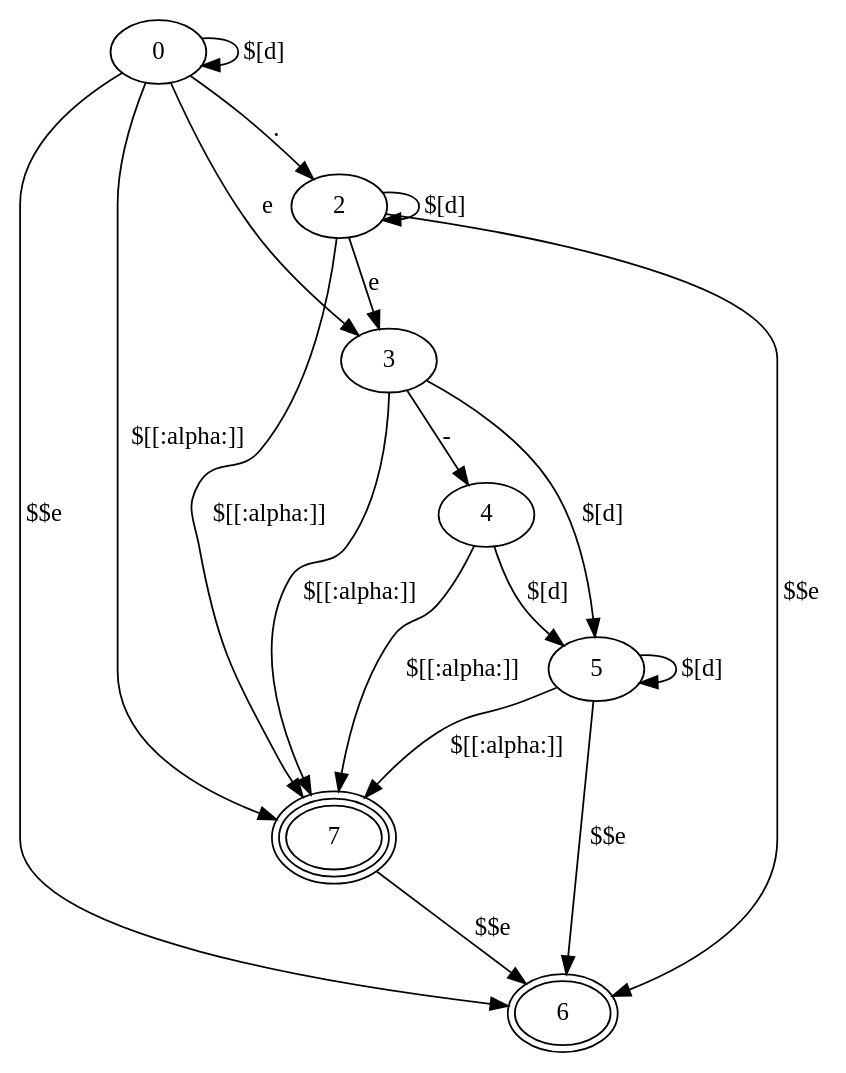
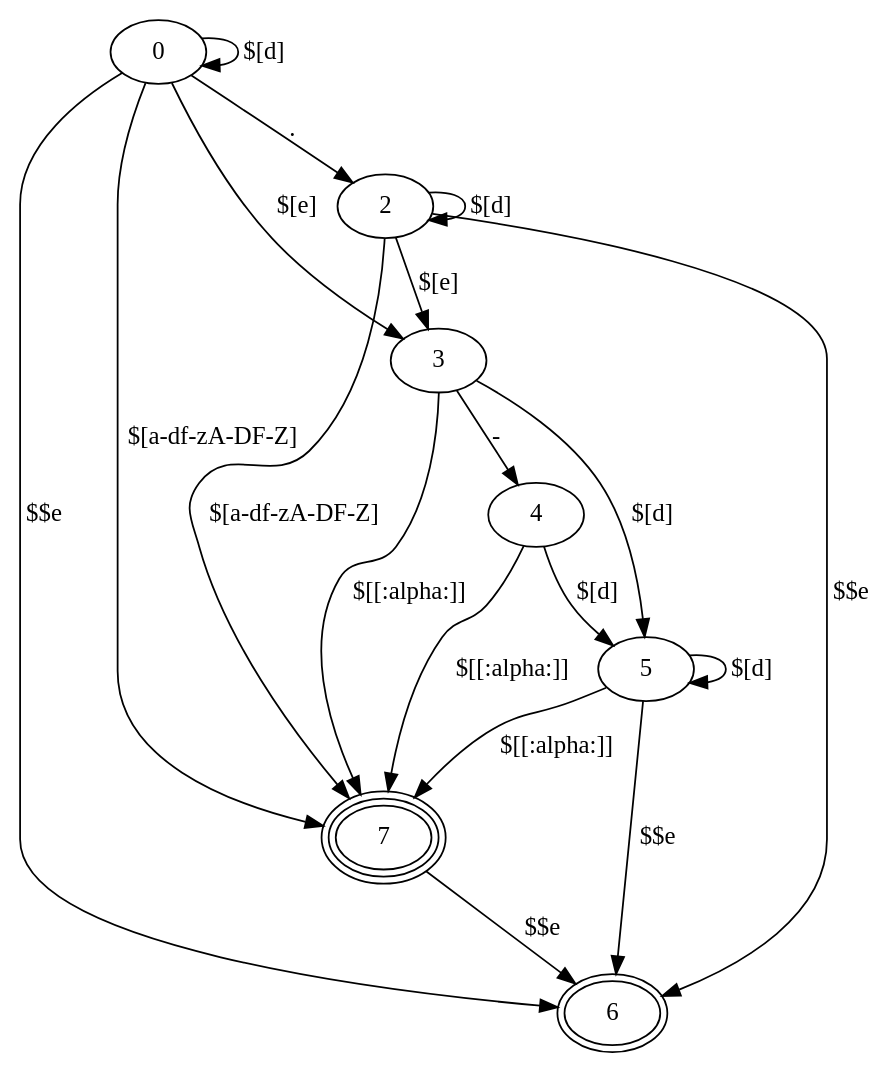
The diagram in lua/number_constant.dot (aoyako/682-Lexer), drawn with Graphviz before and after one commit. The commit also changed 12 other files, not shown here.

Commit message:
Add tag diagrams

```diff
--- a/lua/number_constant.dot
+++ b/lua/number_constant.dot
@@ -1,25 +1,25 @@
 digraph number_constant {
     6 [peripheries=2]
     7 [peripheries=3]
 
     0 -> 0 [label="$[\d]"]
     0 -> 2 [label="."]
     0 -> 6 [label="$$e"]
     2 -> 2 [label="$[\d]"]
     2 -> 6 [label="$$e"]
-    0 -> 3 [label="e"]
-    2 -> 3 [label="e"]
+    0 -> 3 [label="$[e]"]
+    2 -> 3 [label="$[e]"]
     3 -> 4 [label="-"]
     4 -> 5 [label="$[\d]"]
     3 -> 5 [label="$[\d]"]
     5 -> 5 [label="$[\d]"]
     5 -> 6 [label="$$e"]
 
-    0 -> 7 [label="$[[:alpha:]]"]
-    2 -> 7 [label="$[[:alpha:]]"]
+    0 -> 7 [label="$[a-df-zA-DF-Z]"]
+    2 -> 7 [label="$[a-df-zA-DF-Z]"]
     3 -> 7 [label="$[[:alpha:]]"]
     4 -> 7 [label="$[[:alpha:]]"]
     5 -> 7 [label="$[[:alpha:]]"]
 
     7 -> 6 [label="$$e"]
 }
```
